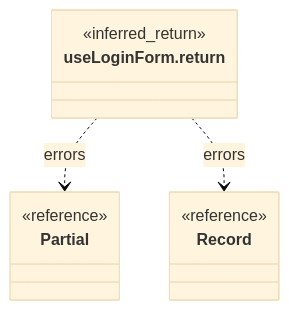
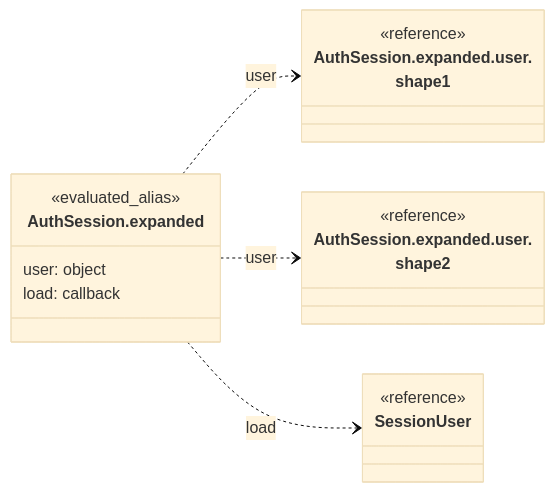
Before and after one commit to gpgsistemas01/nexus: diagram 19 of 21 in front/docs/architecture/views/logical/type-reference/auth.md, drawn with Mermaid (base theme). The commit also changed other lines of this file and 37 other files, not shown here.

Commit message:
docs: depurar diagramas y conservar contratos propios del frontend

````diff
--- a/front/docs/architecture/views/logical/type-reference/auth.md
+++ b/front/docs/architecture/views/logical/type-reference/auth.md
@@ -521,15 +541,21 @@
 ```mermaid
 classDiagram
-    direction TB
-    class Subject["useLoginForm.return"] {
-        <<inferred_return>>
+    direction LR
+    class Subject["AuthSession.expanded"] {
+        <<evaluated_alias>>
+        user: object
+        load: callback
     }
-    class R0["Partial"] {
+    class R0["AuthSession.expanded.user.<br/>shape1"] {
         <<reference>>
     }
-    class R1["Record"] {
+    class R1["AuthSession.expanded.user.<br/>shape2"] {
         <<reference>>
     }
-    Subject ..> R0 : errors
-    Subject ..> R1 : errors
+    class R2["SessionUser"] {
+        <<reference>>
+    }
+    Subject ..> R0 : user
+    Subject ..> R1 : user
+    Subject ..> R2 : load
 ```
````
